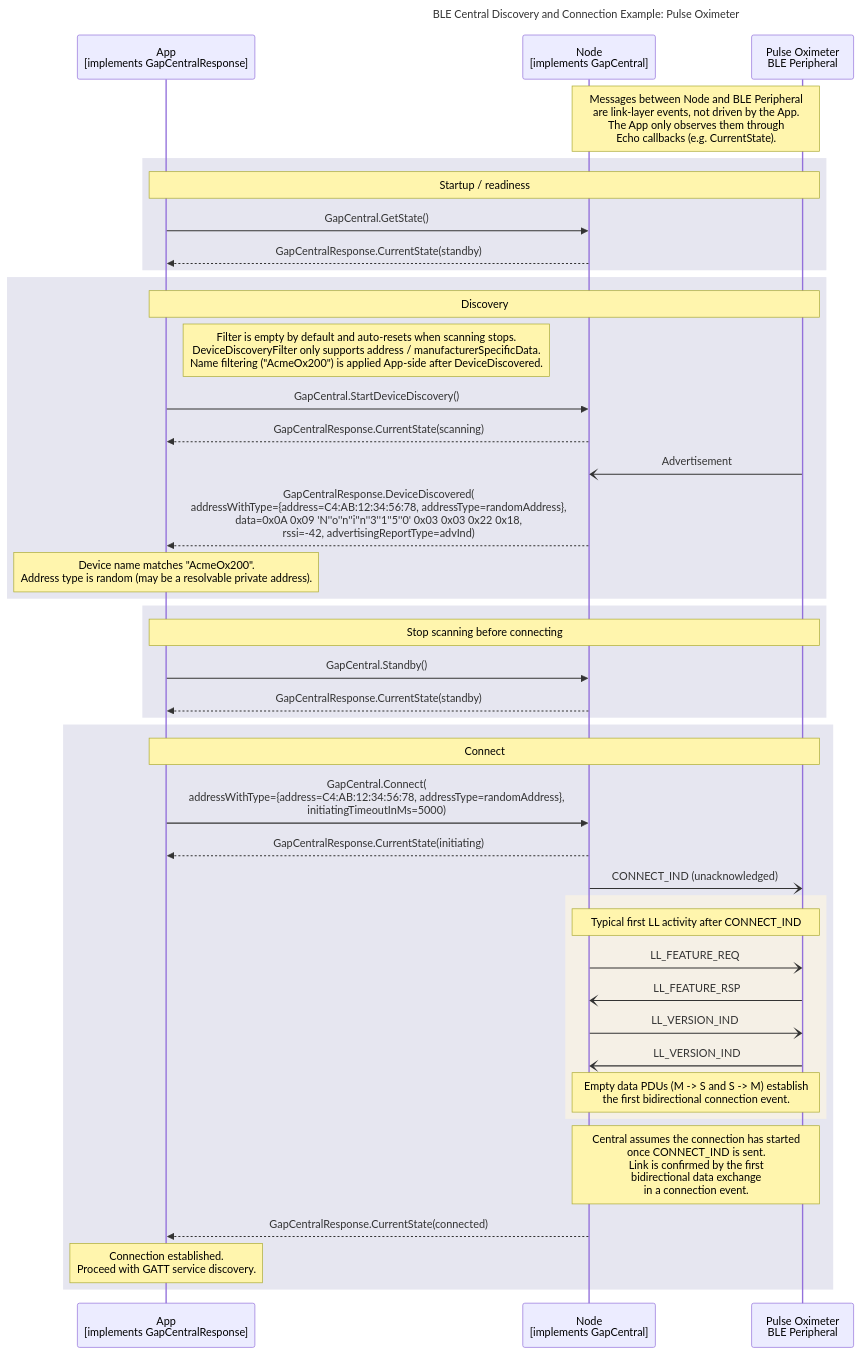
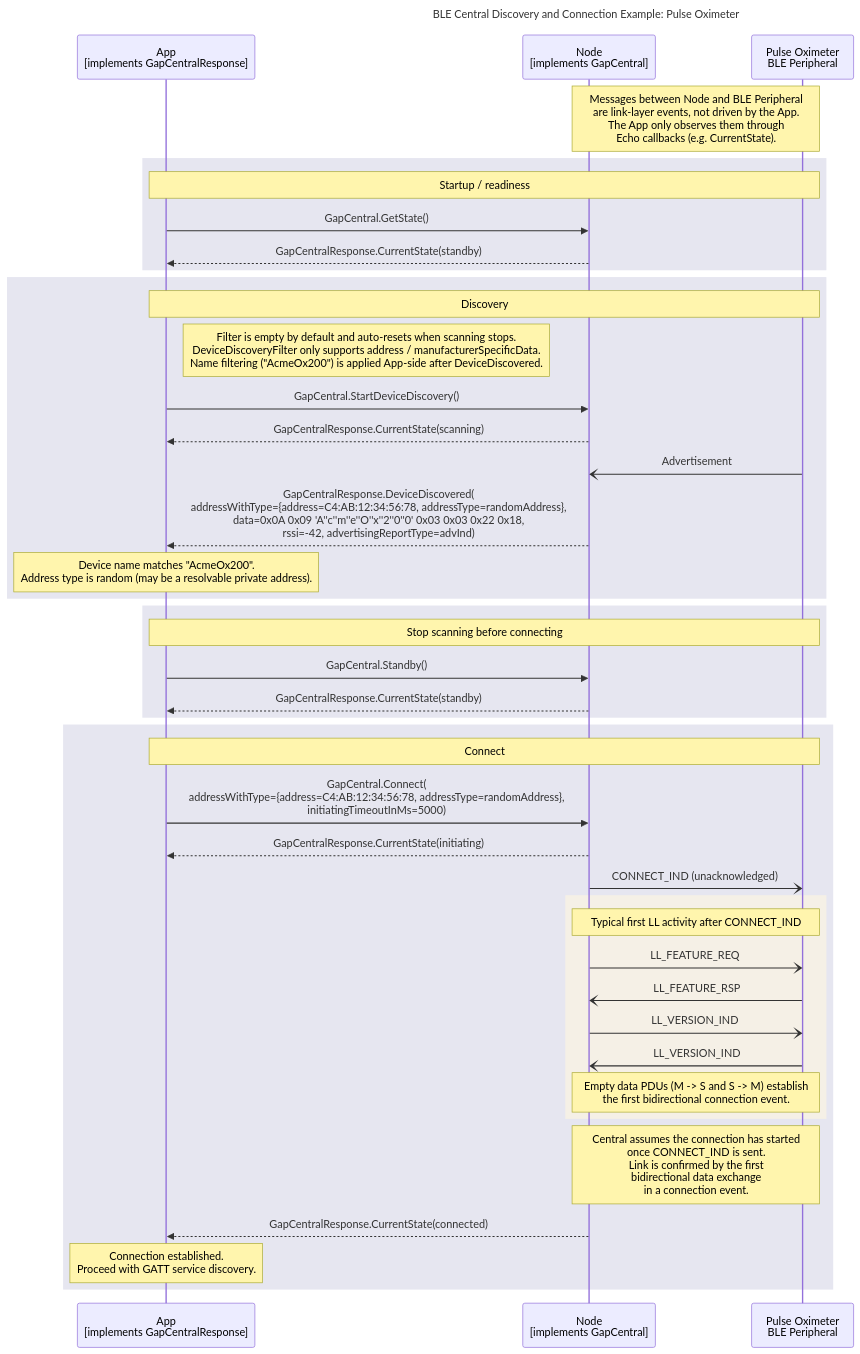
One commit to philips-software/amp-embedded-infra-lib changed the diagram in documents/modules/ROOT/partials/echoservices/gap_central/GapCentral_DiscoveryAndConnection_sequence_example.mmd. Above: the diagram before and after it, drawn with Mermaid. The commit also changed 4 other files, not shown here.

```diff
--- a/documents/modules/ROOT/partials/echoservices/gap_central/GapCentral_DiscoveryAndConnection_sequence_example.mmd
+++ b/documents/modules/ROOT/partials/echoservices/gap_central/GapCentral_DiscoveryAndConnection_sequence_example.mmd
@@ -1,52 +1,52 @@
 sequenceDiagram
     title BLE Central Discovery and Connection Example: Pulse Oximeter
 
     participant App as App<br>[implements GapCentralResponse]
     participant Node as Node<br>[implements GapCentral]
     participant Peripheral as Pulse Oximeter<br>BLE Peripheral
 
     Note over Node, Peripheral: Messages between Node and BLE Peripheral<br>are link-layer events, not driven by the App.<br>The App only observes them through<br>Echo callbacks (e.g. CurrentState).
 
     rect rgb(230, 230, 240)
         note over App, Peripheral: Startup / readiness
         App->>Node: GapCentral.GetState()
         Node-->>App: GapCentralResponse.CurrentState(standby)
     end
 
     rect rgb(230, 230, 240)
         note over App, Peripheral: Discovery
         Note right of App: Filter is empty by default and auto-resets when scanning stops.<br>DeviceDiscoveryFilter only supports address / manufacturerSpecificData.<br>Name filtering ("AcmeOx200") is applied App-side after DeviceDiscovered.
         App->>Node: GapCentral.StartDeviceDiscovery()
         Node-->>App: GapCentralResponse.CurrentState(scanning)
 
         Peripheral-)Node: Advertisement
-        Node-->>App: GapCentralResponse.DeviceDiscovered(<br>addressWithType={address=C4:AB:12:34:56:78, addressType=randomAddress},<br>data=0x0A 0x09 'N''o''n''i''n''3''1''5''0' 0x03 0x03 0x22 0x18,<br>rssi=-42, advertisingReportType=advInd)
+        Node-->>App: GapCentralResponse.DeviceDiscovered(<br>addressWithType={address=C4:AB:12:34:56:78, addressType=randomAddress},<br>data=0x0A 0x09 'A''c''m''e''O''x''2''0''0' 0x03 0x03 0x22 0x18,<br>rssi=-42, advertisingReportType=advInd)
 
         note over App: Device name matches "AcmeOx200".<br>Address type is random (may be a resolvable private address).
     end
 
     rect rgb(230, 230, 240)
         note over App, Peripheral: Stop scanning before connecting
         App->>Node: GapCentral.Standby()
         Node-->>App: GapCentralResponse.CurrentState(standby)
     end
 
     rect rgb(230, 230, 240)
         note over App, Peripheral: Connect
         App->>Node: GapCentral.Connect(<br>addressWithType={address=C4:AB:12:34:56:78, addressType=randomAddress},<br>initiatingTimeoutInMs=5000)
         Node-->>App: GapCentralResponse.CurrentState(initiating)
 
         Node-)Peripheral: CONNECT_IND (unacknowledged)
         rect rgb(245, 240, 230)
             Note over Node, Peripheral: Typical first LL activity after CONNECT_IND
             Node-)Peripheral: LL_FEATURE_REQ
             Peripheral-)Node: LL_FEATURE_RSP
             Node-)Peripheral: LL_VERSION_IND
             Peripheral-)Node: LL_VERSION_IND
             Note over Node, Peripheral: Empty data PDUs (M -> S and S -> M) establish<br>the first bidirectional connection event.
         end
         Note over Node, Peripheral: Central assumes the connection has started<br>once CONNECT_IND is sent.<br>Link is confirmed by the first<br>bidirectional data exchange<br>in a connection event.
         Node-->>App: GapCentralResponse.CurrentState(connected)
 
         note over App: Connection established.<br>Proceed with GATT service discovery.
     end
```
